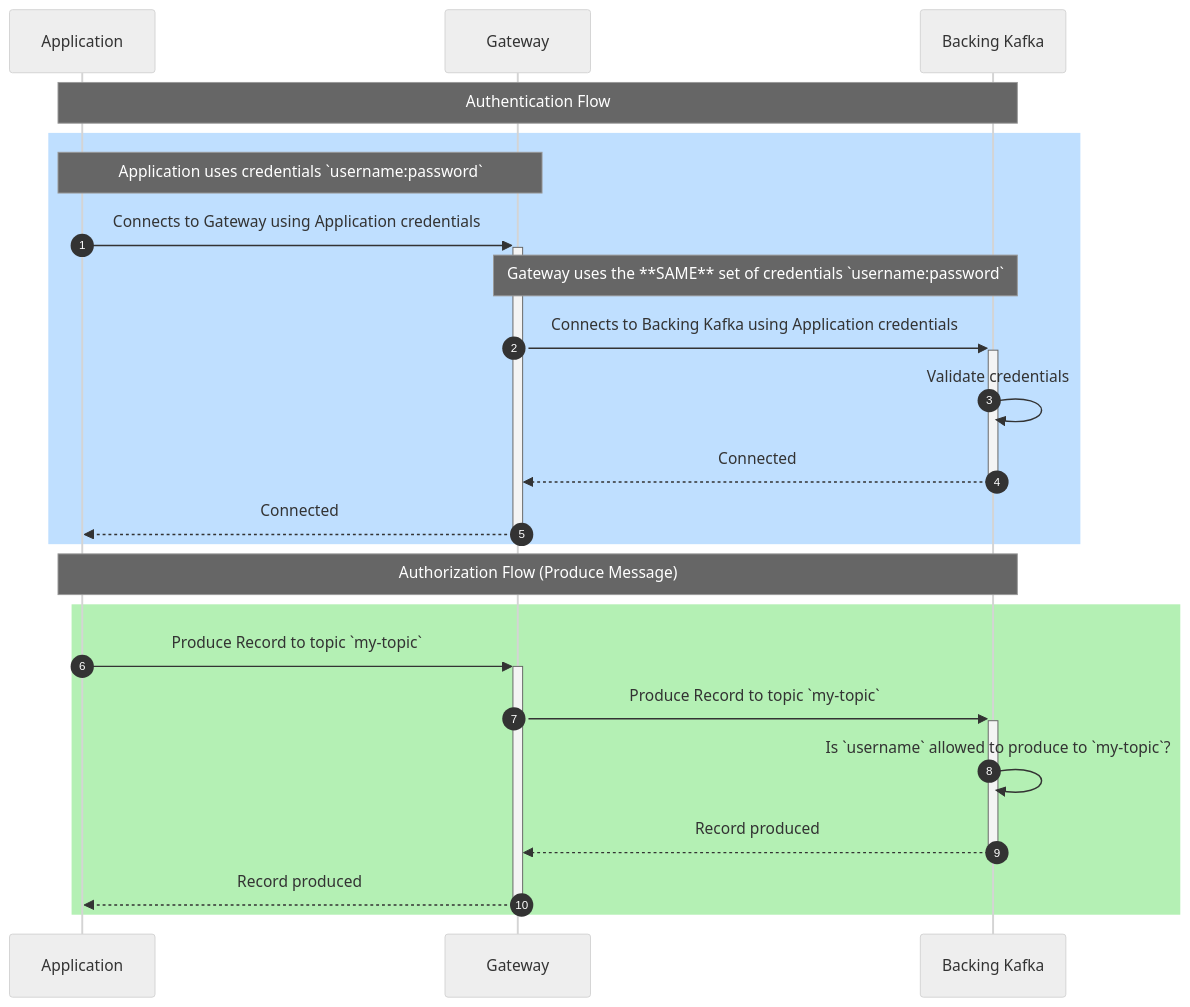
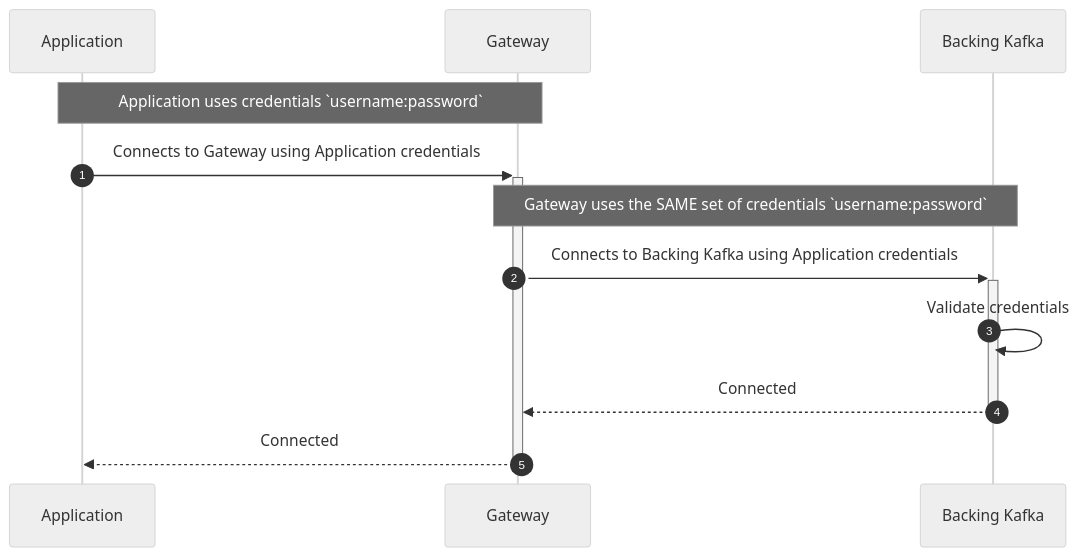
One commit to conduktor/conduktor-docs changed the fifth of 8 diagrams in docs/gateway/configuration/index.md. Above: the diagram before and after it, drawn with Mermaid (neutral theme). The commit also changed other lines of this file, not shown here.

````diff
--- a/docs/gateway/configuration/index.md
+++ b/docs/gateway/configuration/index.md
@@ -106,28 +116,15 @@
 ```mermaid
 sequenceDiagram
 	autonumber
 	participant A as Application 
     participant GW as Gateway
     participant K as Backing Kafka
     
-	Note over A,K: Authentication Flow
-	rect rgb(191, 223, 255)
 	Note over A,GW: Application uses credentials `username:password`
     A->>+GW: Connects to Gateway using Application credentials
-    Note over GW,K: Gateway uses the **SAME** set of credentials `username:password`
+    Note over GW,K: Gateway uses the SAME set of credentials `username:password`
     GW->>+K: Connects to Backing Kafka using Application credentials
     K->>K: Validate credentials
     K-->>-GW: Connected
     GW-->>-A: Connected
-    end
-
-    Note over A,K: Authorization Flow (Produce Message)
-    rect rgb(180, 240, 180)
-    A->>+GW: Produce Record to topic `my-topic`
-    GW->>+K: Produce Record to topic `my-topic`
-    K->>K: Is `username` allowed to produce to `my-topic`?
-    K-->>-GW: Record produced
-    GW-->>-A: Record produced
-    end
-
 ```
````
